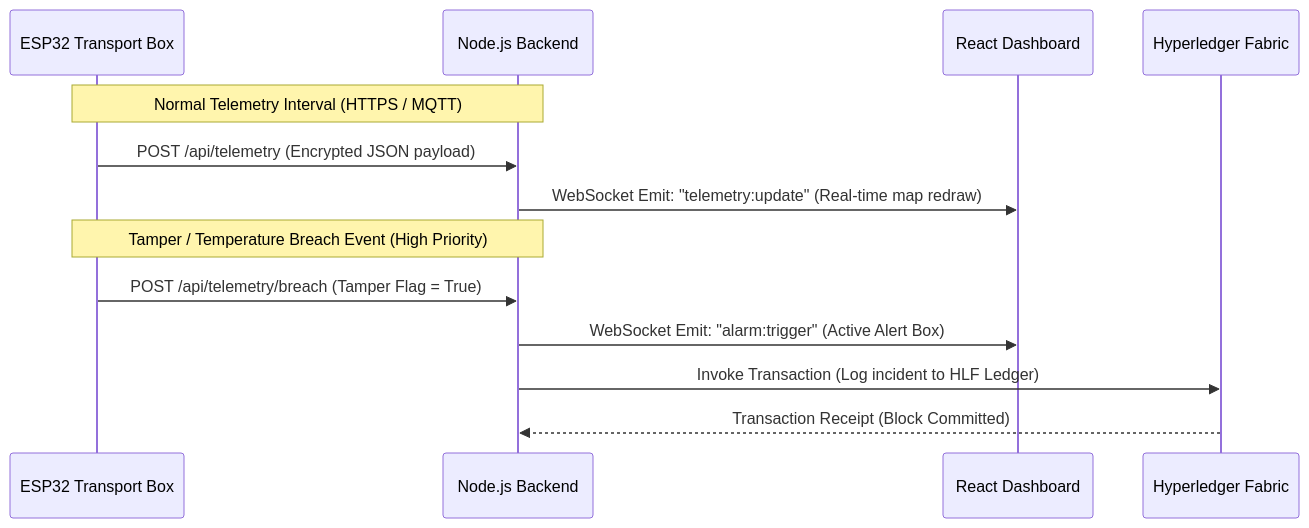
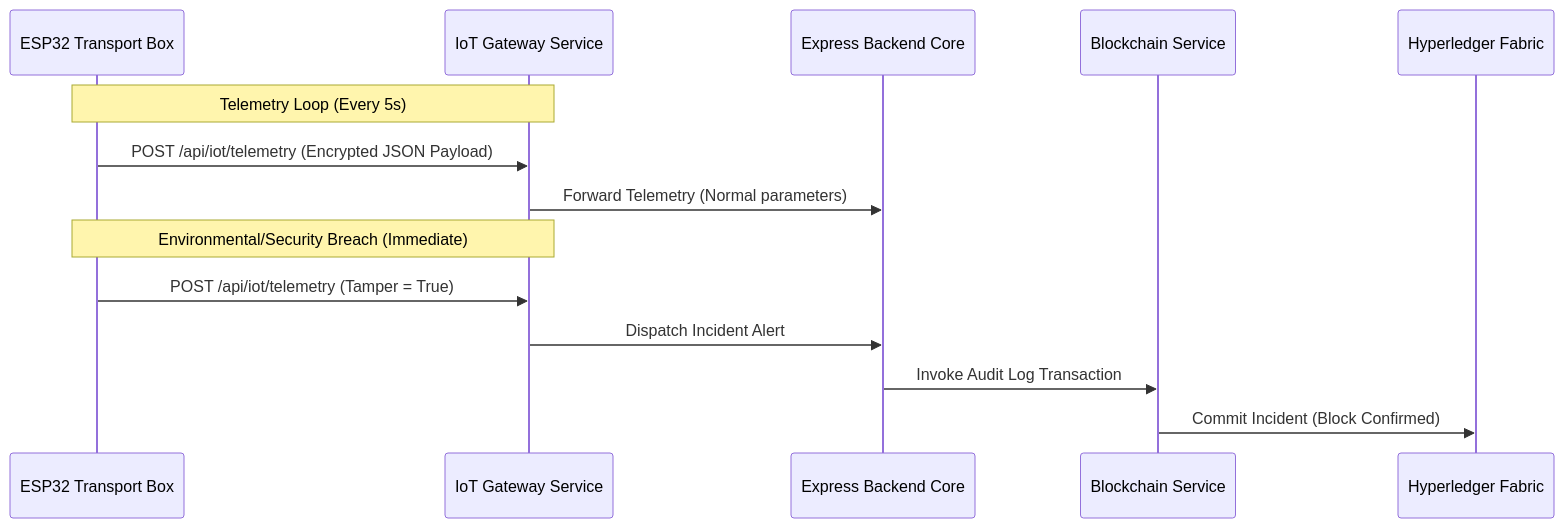
The third of 12 diagrams in docs/architecture/SYSTEM_ARCHITECTURE.md (soubhagyadevchaturvedicse24-hub/V1-Organ-Transport-System), drawn with Mermaid before and after one commit. The commit also changed other lines of this file, not shown here.

Commit message:
docs: refine SYSTEM_ARCHITECTURE.md with modular diagrams and flows

````diff
--- a/docs/architecture/SYSTEM_ARCHITECTURE.md
+++ b/docs/architecture/SYSTEM_ARCHITECTURE.md
@@ -207,17 +194,18 @@
 ```mermaid
 sequenceDiagram
     participant IoT as ESP32 Transport Box
-    participant BE as Node.js Backend
-    participant FE as React Dashboard
-    participant BC as Hyperledger Fabric
+    participant IS as IoT Gateway Service
+    participant BE as Express Backend Core
+    participant BC as Blockchain Service
+    participant HLF as Hyperledger Fabric
 
-    Note over IoT, BE: Normal Telemetry Interval (HTTPS / MQTT)
-    IoT->>BE: POST /api/telemetry (Encrypted JSON payload)
-    BE->>FE: WebSocket Emit: "telemetry:update" (Real-time map redraw)
+    Note over IoT, IS: Telemetry Loop (Every 5s)
+    IoT->>IS: POST /api/iot/telemetry (Encrypted JSON Payload)
+    IS->>BE: Forward Telemetry (Normal parameters)
     
-    Note over IoT, BE: Tamper / Temperature Breach Event (High Priority)
-    IoT->>BE: POST /api/telemetry/breach (Tamper Flag = True)
-    BE->>FE: WebSocket Emit: "alarm:trigger" (Active Alert Box)
-    BE->>BC: Invoke Transaction (Log incident to HLF Ledger)
-    BC-->>BE: Transaction Receipt (Block Committed)
+    Note over IoT, IS: Environmental/Security Breach (Immediate)
+    IoT->>IS: POST /api/iot/telemetry (Tamper = True)
+    IS->>BE: Dispatch Incident Alert
+    BE->>BC: Invoke Audit Log Transaction
+    BC->>HLF: Commit Incident (Block Confirmed)
 ```
````
